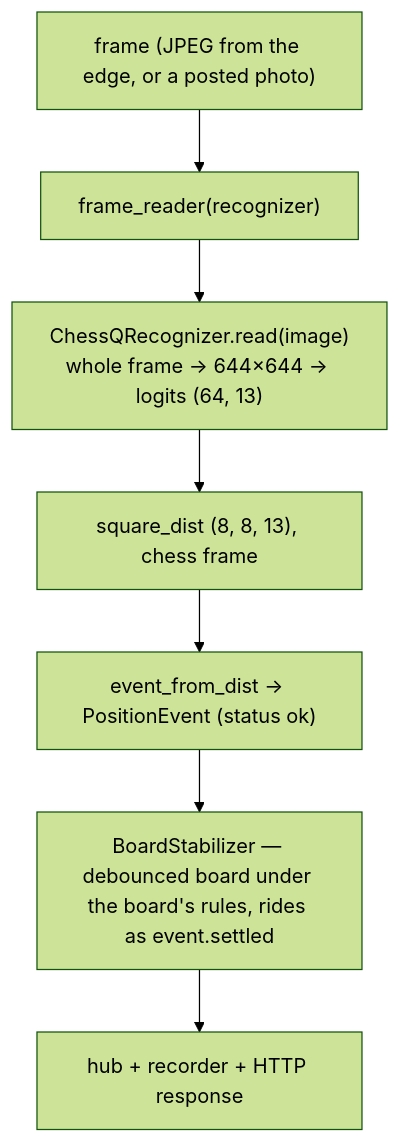
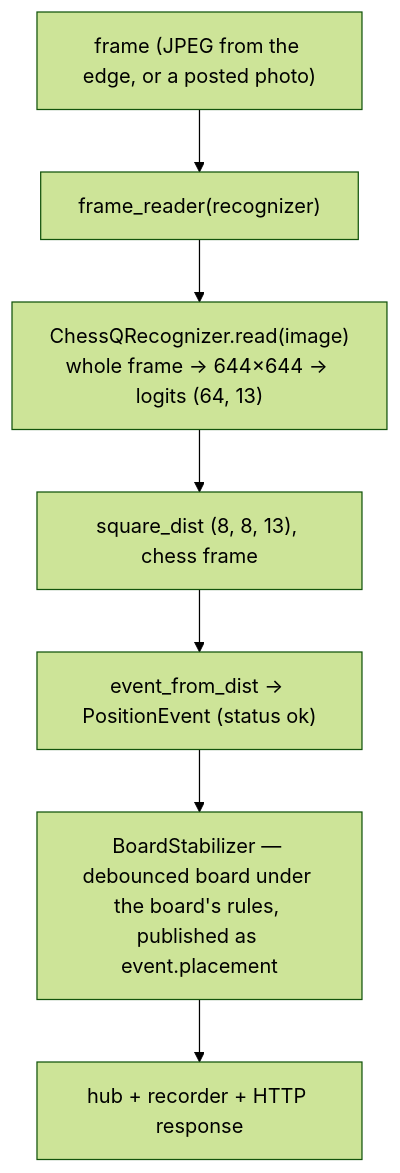
The diagram in docs/recognition-pipeline.md (membranepotential/board-reader), drawn with Mermaid (forest theme) before and after one commit. The commit also changed other lines of this file and 7 other files, not shown here.

First line of the commit message:
docs: one placement per event (DESIGN D15)

````diff
--- a/docs/recognition-pipeline.md
+++ b/docs/recognition-pipeline.md
@@ -16,9 +16,9 @@
 ```mermaid
 flowchart TD
   frame["frame (JPEG from the edge, or a posted photo)"] --> read["frame_reader(recognizer)"]
   read --> cq["ChessQRecognizer.read(image)<br/>whole frame → 644×644 → logits (64, 13)"]
   cq --> dist["square_dist (8, 8, 13), chess frame"]
   dist --> event["event_from_dist → PositionEvent (status ok)"]
-  event --> settle["BoardStabilizer — debounced board under the board's rules, rides as event.settled"]
+  event --> settle["BoardStabilizer — debounced board under the board's rules, published as event.placement"]
   settle --> out[hub + recorder + HTTP response]
 ```
````
